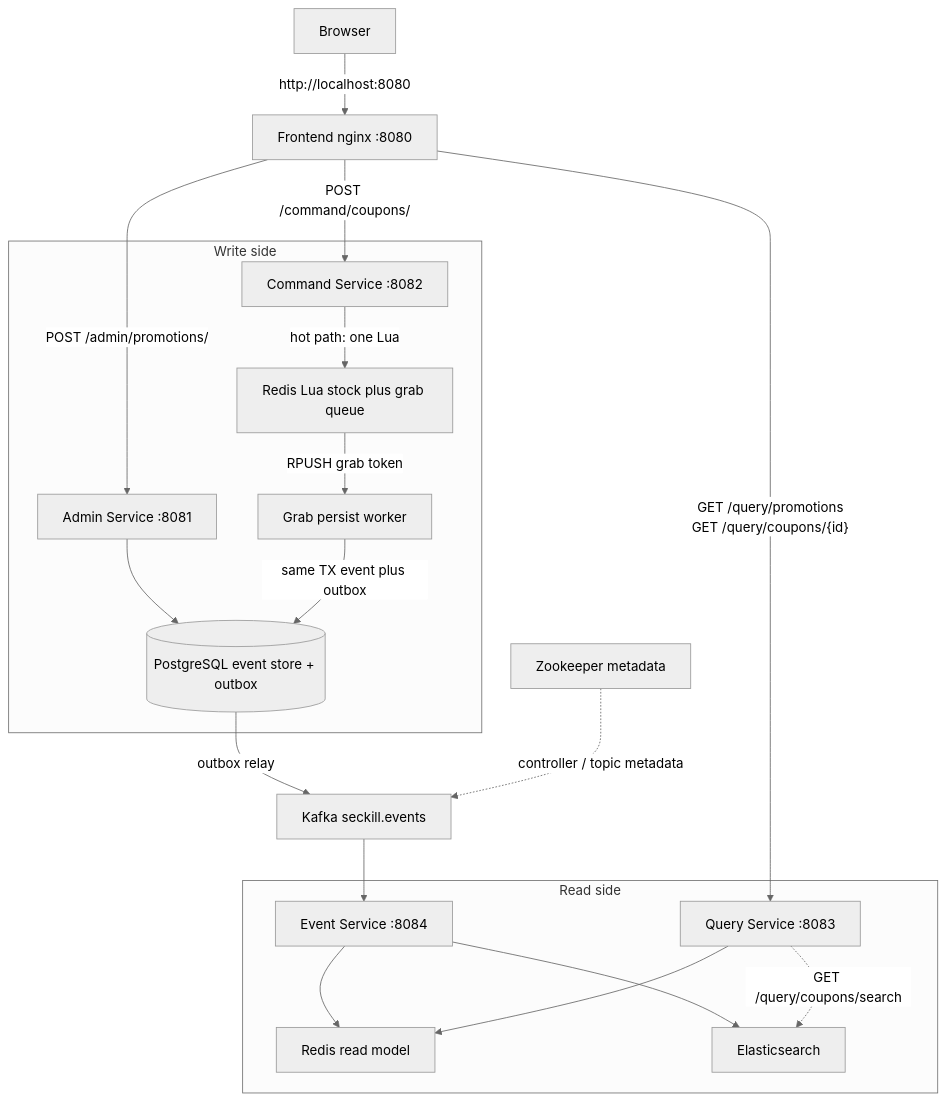
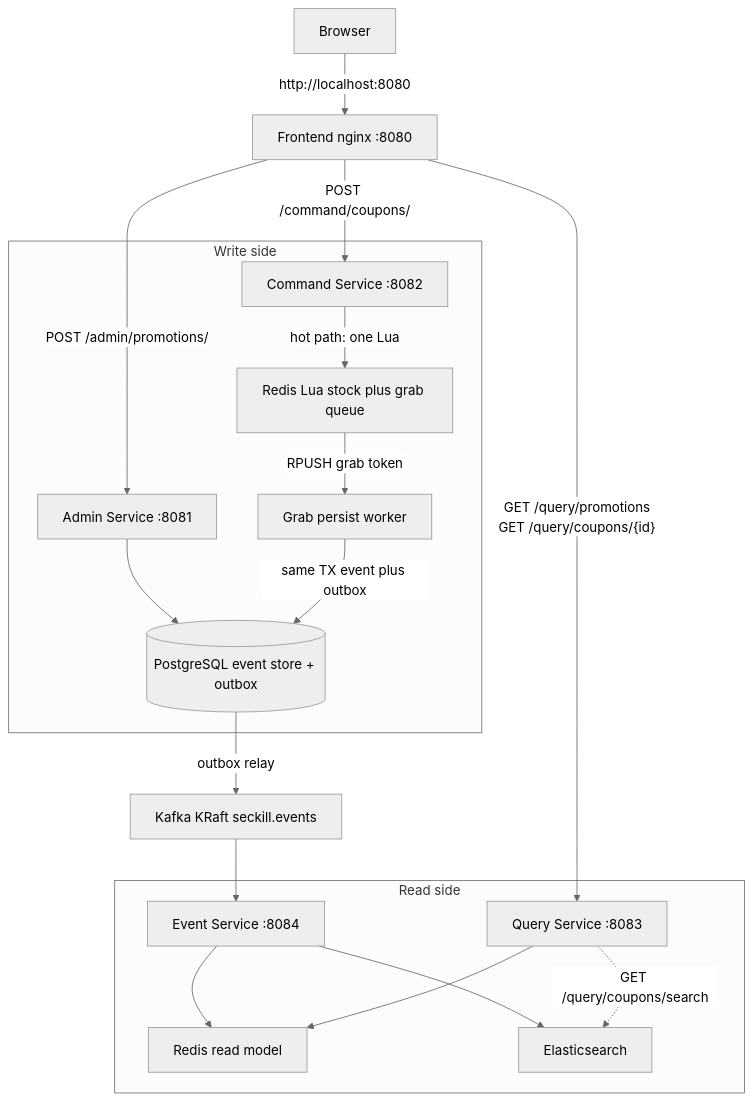
The first of 3 diagrams in README.md (fanqingsong/seckill), drawn with Mermaid (neutral theme) before and after one commit. The commit also changed other lines of this file and 181 other files, not shown here.

````diff
--- a/README.md
+++ b/README.md
@@ -34,39 +38,37 @@
 ```mermaid
 flowchart TB
   User["Browser"]
   FE["Frontend nginx :8080"]
 
   subgraph writeSide["Write side"]
     Admin["Admin Service :8081"]
     Cmd["Command Service :8082"]
     RedisHot["Redis Lua stock plus grab queue"]
     Worker["Grab persist worker"]
     PG[("PostgreSQL event store + outbox")]
   end
 
-  Kafka["Kafka seckill.events"]
-  ZK["Zookeeper metadata"]
+  Kafka["Kafka KRaft seckill.events"]
 
   subgraph readSide["Read side"]
     Event["Event Service :8084"]
     Query["Query Service :8083"]
     RedisRead["Redis read model"]
     ES["Elasticsearch"]
   end
 
   User -->|"http://localhost:8080"| FE
   FE -->|"POST /admin/promotions/"| Admin
   FE -->|"POST /command/coupons/"| Cmd
   FE -->|"GET /query/promotions<br/>GET /query/coupons/{id}"| Query
   Admin --> PG
   Cmd -->|"hot path: one Lua"| RedisHot
   RedisHot -->|"RPUSH grab token"| Worker
   Worker -->|"same TX event plus outbox"| PG
   PG -->|"outbox relay"| Kafka
-  ZK -.->|"controller / topic metadata"| Kafka
   Kafka --> Event
   Event --> RedisRead
   Event --> ES
   Query --> RedisRead
   Query -.->|"GET /query/coupons/search"| ES
 ```
````
